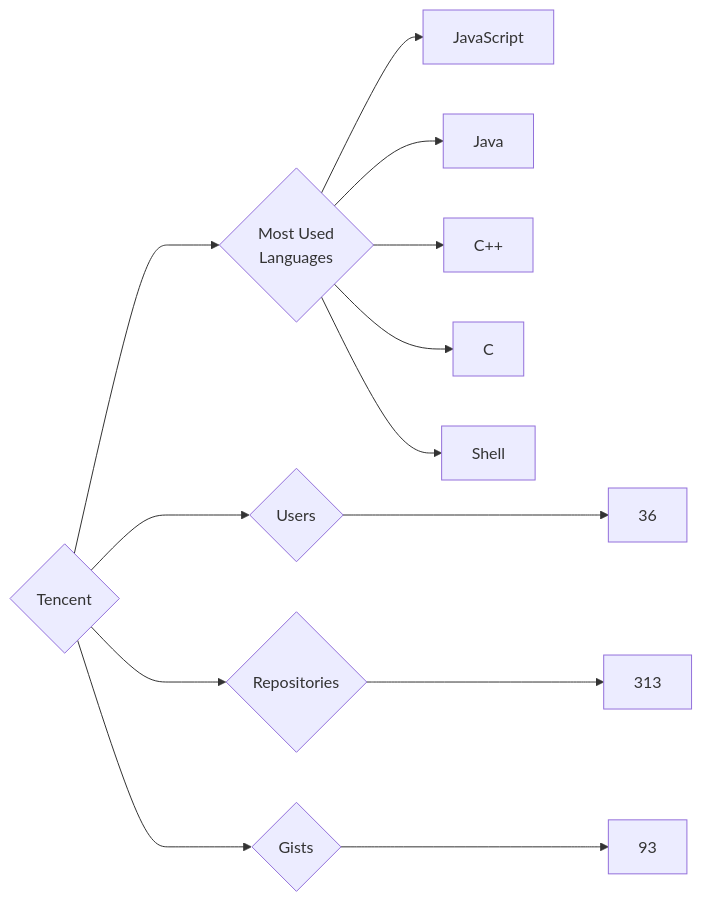
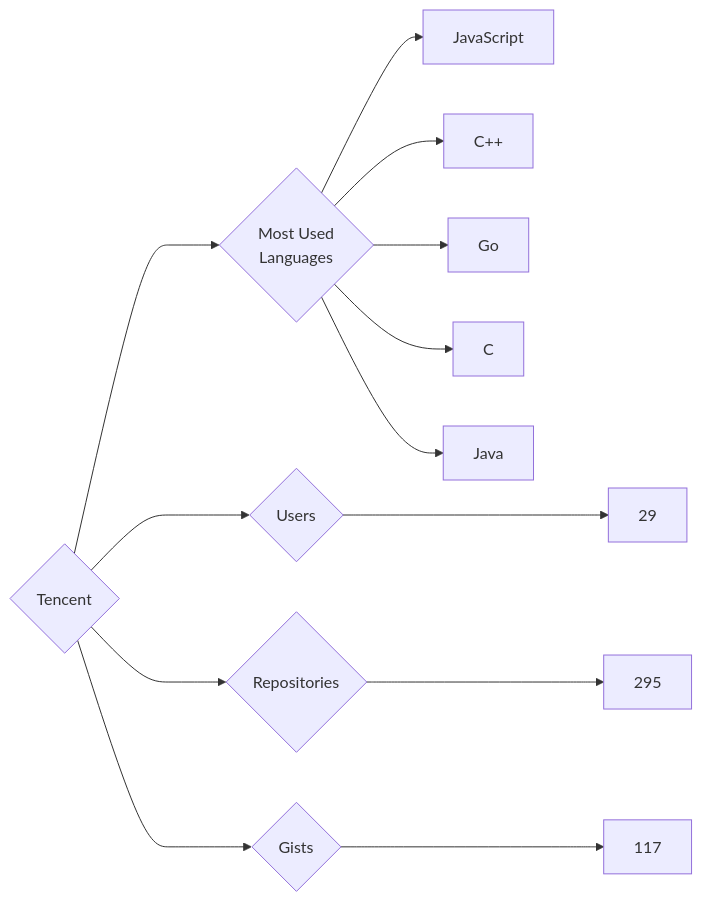
One commit to trickest/insiders changed the diagram in targets/Tencent/README.md. Above: the diagram before and after it, drawn with Mermaid. The commit also changed 969 other files, not shown here.

````diff
--- a/targets/Tencent/README.md
+++ b/targets/Tencent/README.md
@@ -3,13 +3,13 @@
 ```mermaid
 graph LR
 COMPANY_NAME{Tencent}
-COMPANY_NAME ---> U{Users} ---> UN[36]
-COMPANY_NAME ---> R{Repositories} ---> RN[313]
-COMPANY_NAME ---> G{Gists} ---> GN[93]
+COMPANY_NAME ---> U{Users} ---> UN[29]
+COMPANY_NAME ---> R{Repositories} ---> RN[295]
+COMPANY_NAME ---> G{Gists} ---> GN[117]
 COMPANY_NAME ---> ML{Most Used<br>Languages}
 ML --> JavaScript[JavaScript]
+ML --> C++[C++]
+ML --> Go[Go]
+ML --> C[C]
 ML --> Java[Java]
-ML --> C++[C++]
-ML --> C[C]
-ML --> Shell[Shell]
 ```
````
